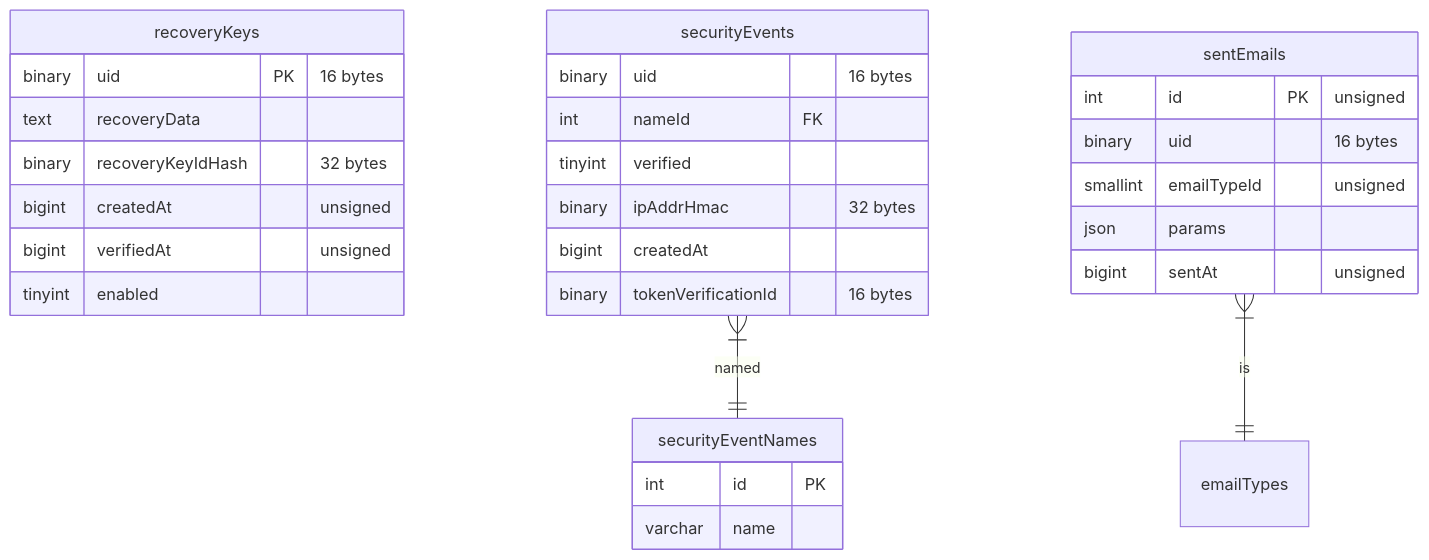
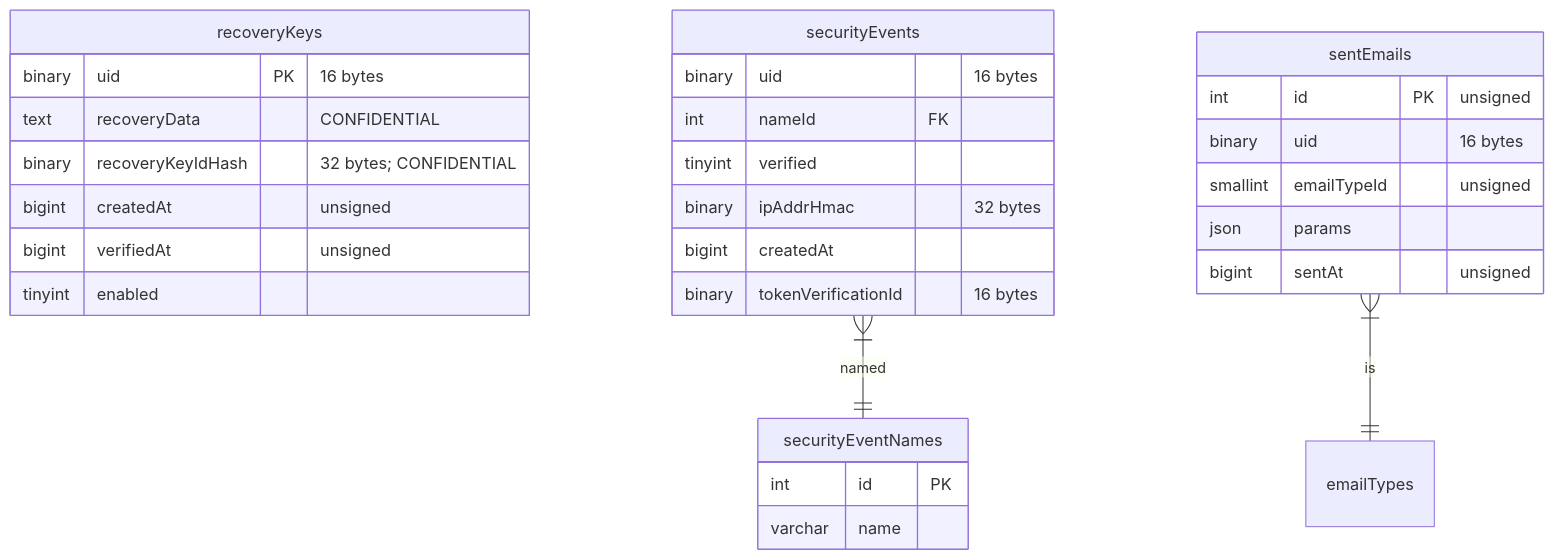
Before and after one commit to mozilla/ecosystem-platform: the fifth of 10 diagrams in docs/reference/database-structure.md, drawn with Mermaid. The commit also changed other lines of this file, not shown here.

````diff
--- a/docs/reference/database-structure.md
+++ b/docs/reference/database-structure.md
@@ -162,32 +162,32 @@
 ```mermaid
 erDiagram
     recoveryKeys {
         binary uid PK "16 bytes"
-        text recoveryData
-        binary recoveryKeyIdHash "32 bytes"
+        text recoveryData "CONFIDENTIAL"
+        binary recoveryKeyIdHash "32 bytes; CONFIDENTIAL"
         bigint createdAt "unsigned"
         bigint verifiedAt "unsigned"
         tinyint enabled
     }
     securityEventNames {
         int id PK
         varchar name
     }
     securityEvents }|--|| securityEventNames : named
     securityEvents {
         binary uid "16 bytes"
         int nameId FK
         tinyint verified
         binary ipAddrHmac "32 bytes"
         bigint createdAt
         binary tokenVerificationId "16 bytes"
     }
     sentEmails }|--|| emailTypes : is
     sentEmails {
         int id PK "unsigned"
         binary uid "16 bytes"
         smallint emailTypeId "unsigned"
         json params
         bigint sentAt "unsigned"
     }
 ```
````
